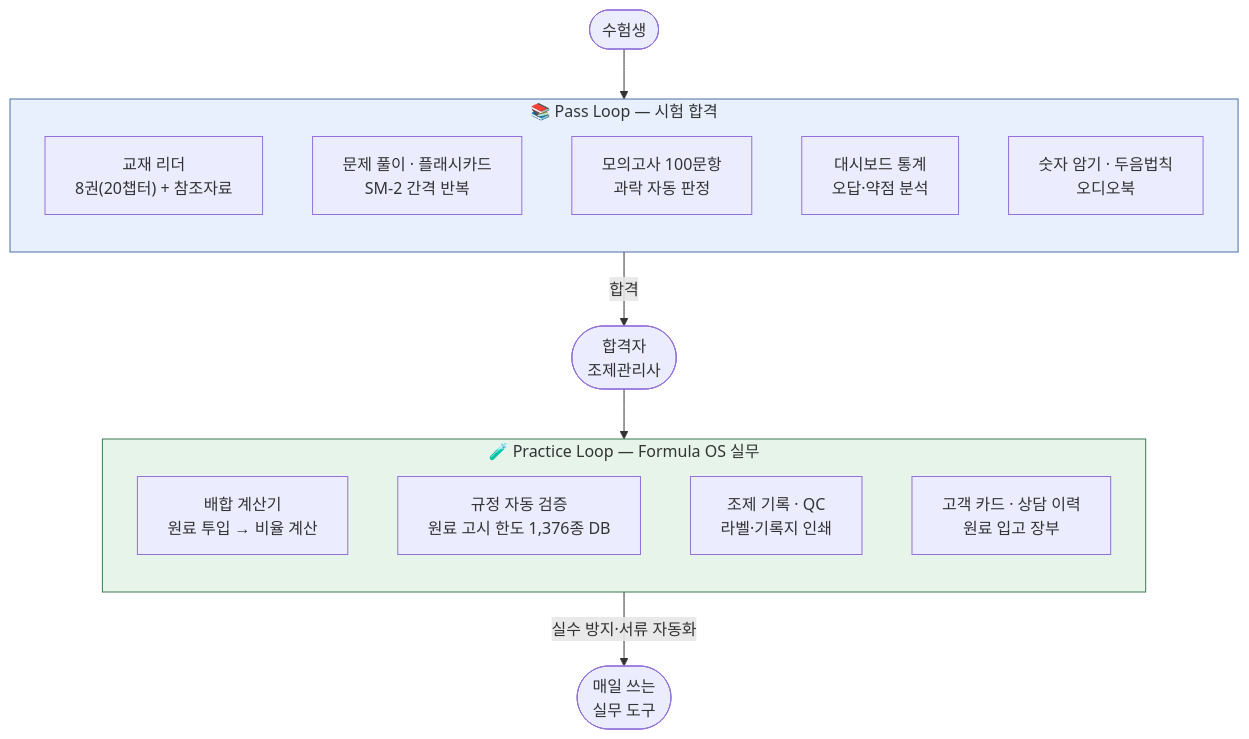
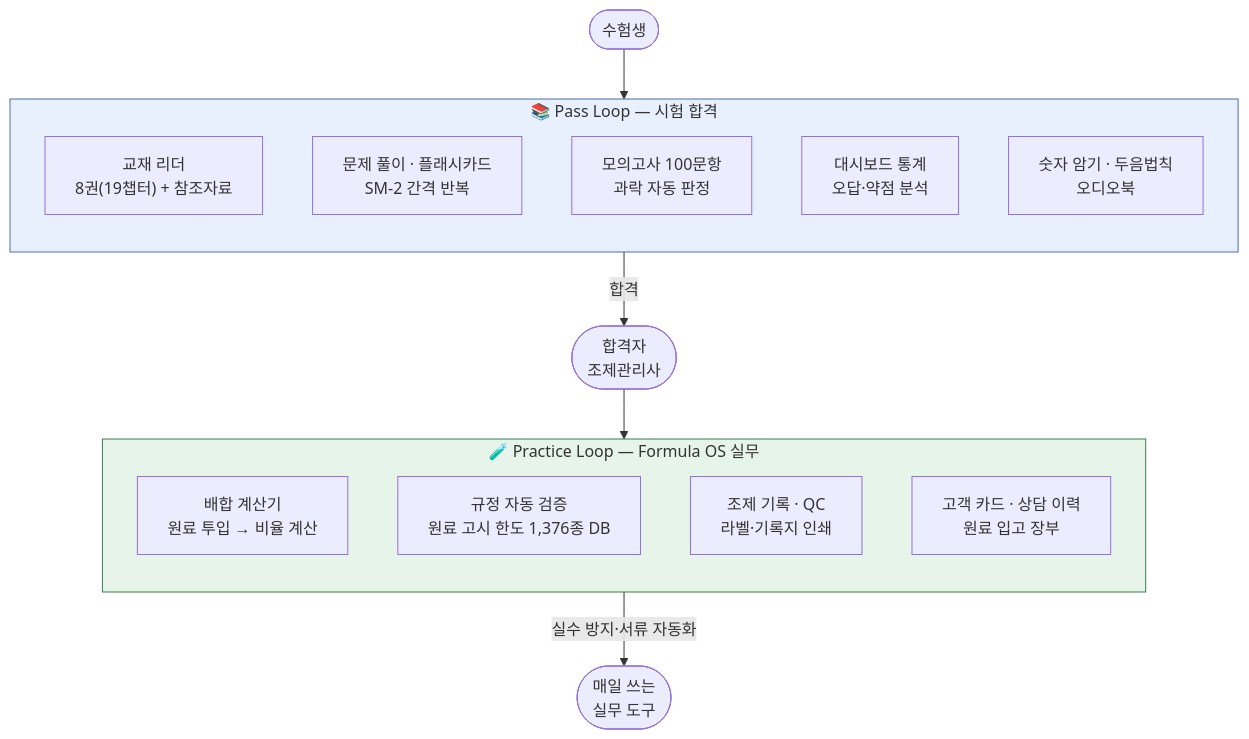
The first of 2 diagrams in docs/유튜브_홍보동영상_제작의뢰서.md (skygoldlee-cyber/Personalized_Skincare), drawn with Mermaid before and after one commit. The commit also changed other lines of this file and 1 other file, not shown here.

````diff
--- a/docs/유튜브_홍보동영상_제작의뢰서.md
+++ b/docs/유튜브_홍보동영상_제작의뢰서.md
@@ -42,28 +42,28 @@
 ```mermaid
 flowchart TB
     subgraph PASS["📚 Pass Loop — 시험 합격"]
         direction TB
-        P1["교재 리더<br/>8권(20챕터) + 참조자료"]
+        P1["교재 리더<br/>8권(19챕터) + 참조자료"]
         P2["문제 풀이 · 플래시카드<br/>SM-2 간격 반복"]
         P3["모의고사 100문항<br/>과락 자동 판정"]
         P4["대시보드 통계<br/>오답·약점 분석"]
         P5["숫자 암기 · 두음법칙<br/>오디오북"]
     end
 
     USER(["수험생"]) --> PASS
     PASS -->|합격| PASSER(["합격자<br/>조제관리사"])
 
     subgraph PRACTICE["🧪 Practice Loop — Formula OS 실무"]
         direction TB
         F1["배합 계산기<br/>원료 투입 → 비율 계산"]
         F2["규정 자동 검증<br/>원료 고시 한도 1,376종 DB"]
         F3["조제 기록 · QC<br/>라벨·기록지 인쇄"]
         F4["고객 카드 · 상담 이력<br/>원료 입고 장부"]
     end
 
     PASSER --> PRACTICE
     PRACTICE -->|실수 방지·서류 자동화| WORK(["매일 쓰는<br/>실무 도구"])
 
     style PASS fill:#e8f0fe,stroke:#4a6fa5
     style PRACTICE fill:#e6f4ea,stroke:#3c7a4f
 ```
````
